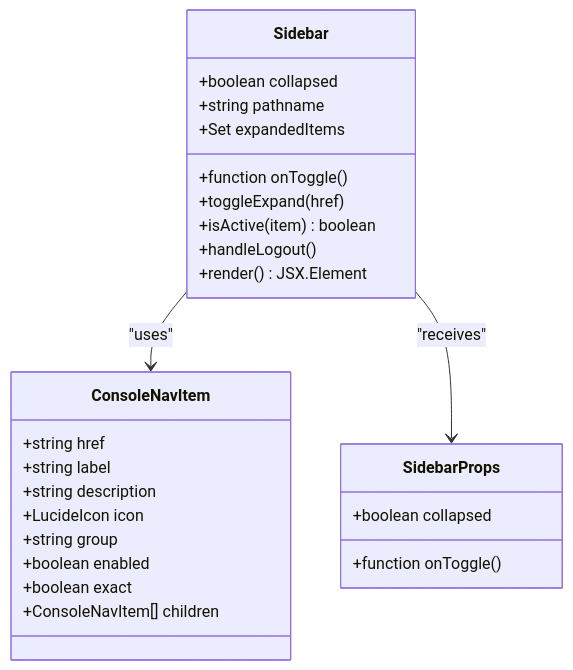
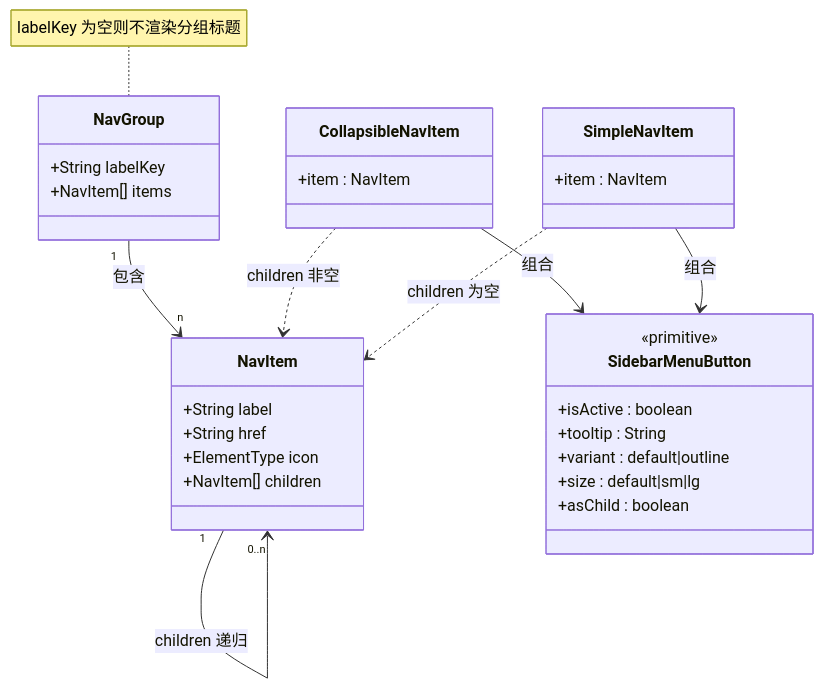
The second of 7 diagrams in docs/前端管理界面/组件设计模式/导航组件.md (x01n/My-OpenWaf), drawn with Mermaid before and after one commit. The commit also changed other lines of this file and 622 other files, not shown here.

````diff
--- a/docs/前端管理界面/组件设计模式/导航组件.md
+++ b/docs/前端管理界面/组件设计模式/导航组件.md
@@ -168,29 +150,34 @@
 ```mermaid
 classDiagram
-class Sidebar {
-+boolean collapsed
-+function onToggle()
-+string pathname
-+Set expandedItems
-+toggleExpand(href)
-+isActive(item) boolean
-+handleLogout()
-+render() JSX.Element
-}
-class ConsoleNavItem {
-+string href
-+string label
-+string description
-+LucideIcon icon
-+string group
-+boolean enabled
-+boolean exact
-+ConsoleNavItem[] children
-}
-class SidebarProps {
-+boolean collapsed
-+function onToggle()
-}
-Sidebar --> ConsoleNavItem : "uses"
-Sidebar --> SidebarProps : "receives"
+  class NavItem {
+    +String label
+    +String href
+    +ElementType icon
+    +NavItem[] children
+  }
+  class NavGroup {
+    +String labelKey
+    +NavItem[] items
+  }
+  class SidebarMenuButton {
+    <<primitive>>
+    +isActive : boolean
+    +tooltip : String
+    +variant : default|outline
+    +size : default|sm|lg
+    +asChild : boolean
+  }
+  class CollapsibleNavItem {
+    +item : NavItem
+  }
+  class SimpleNavItem {
+    +item : NavItem
+  }
+  NavGroup "1" --> "n" NavItem : 包含
+  NavItem "1" --> "0..n" NavItem : children 递归
+  CollapsibleNavItem ..> NavItem : children 非空
+  SimpleNavItem ..> NavItem : children 为空
+  CollapsibleNavItem --> SidebarMenuButton : 组合
+  SimpleNavItem --> SidebarMenuButton : 组合
+  note for NavGroup "labelKey 为空则不渲染分组标题"
 ```
````
